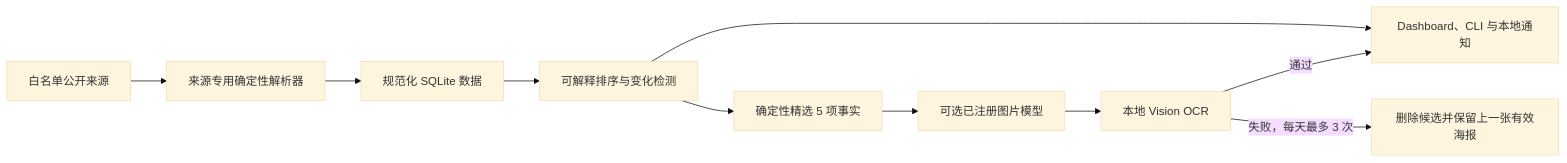
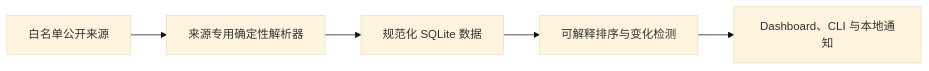
The diagram in README.zh-CN.md (ai-resource-radar/ai-resource-radar), drawn with Mermaid (base theme) before and after one commit. The commit also changed other lines of this file and 44 other files, not shown here.

````diff
--- a/README.zh-CN.md
+++ b/README.zh-CN.md
@@ -166,12 +138,7 @@
 ```mermaid
 flowchart LR
     A[白名单公开来源] --> B[来源专用确定性解析器]
     B --> C[规范化 SQLite 数据]
     C --> D[可解释排序与变化检测]
     D --> E[Dashboard、CLI 与本地通知]
-    D --> F[确定性精选 5 项事实]
-    F --> G[可选已注册图片模型]
-    G --> H[本地 Vision OCR]
-    H -->|通过| E
-    H -->|失败，每天最多 3 次| I[删除候选并保留上一张有效海报]
 ```
````
